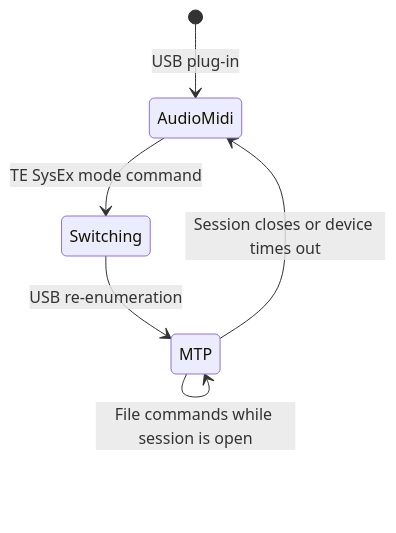
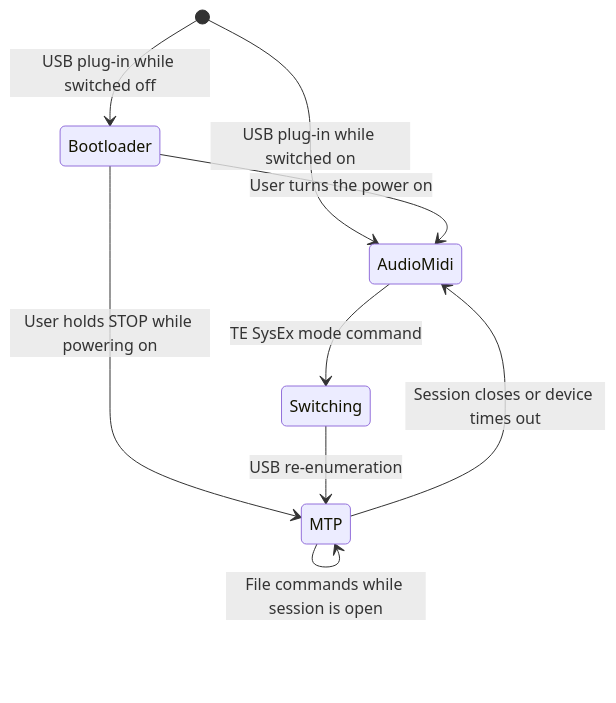
Before and after one commit to EDmitry/tp7: the second of 3 diagrams in docs/tp7-handshake.md, drawn with Mermaid. The commit also changed other lines of this file and 5 other files, not shown here.

First line of the commit message:
feat: explain the switched-off bootloader personality and wait for power-on

````diff
--- a/docs/tp7-handshake.md
+++ b/docs/tp7-handshake.md
@@ -48,8 +48,11 @@
 ```mermaid
 stateDiagram-v2
-    [*] --> AudioMidi: USB plug-in
+    [*] --> Bootloader: USB plug-in while switched off
+    [*] --> AudioMidi: USB plug-in while switched on
+    Bootloader --> AudioMidi: User turns the power on
+    Bootloader --> MTP: User holds STOP while powering on
     AudioMidi --> Switching: TE SysEx mode command
     Switching --> MTP: USB re-enumeration
     MTP --> AudioMidi: Session closes or device times out
     MTP --> MTP: File commands while session is open
 ```
````
